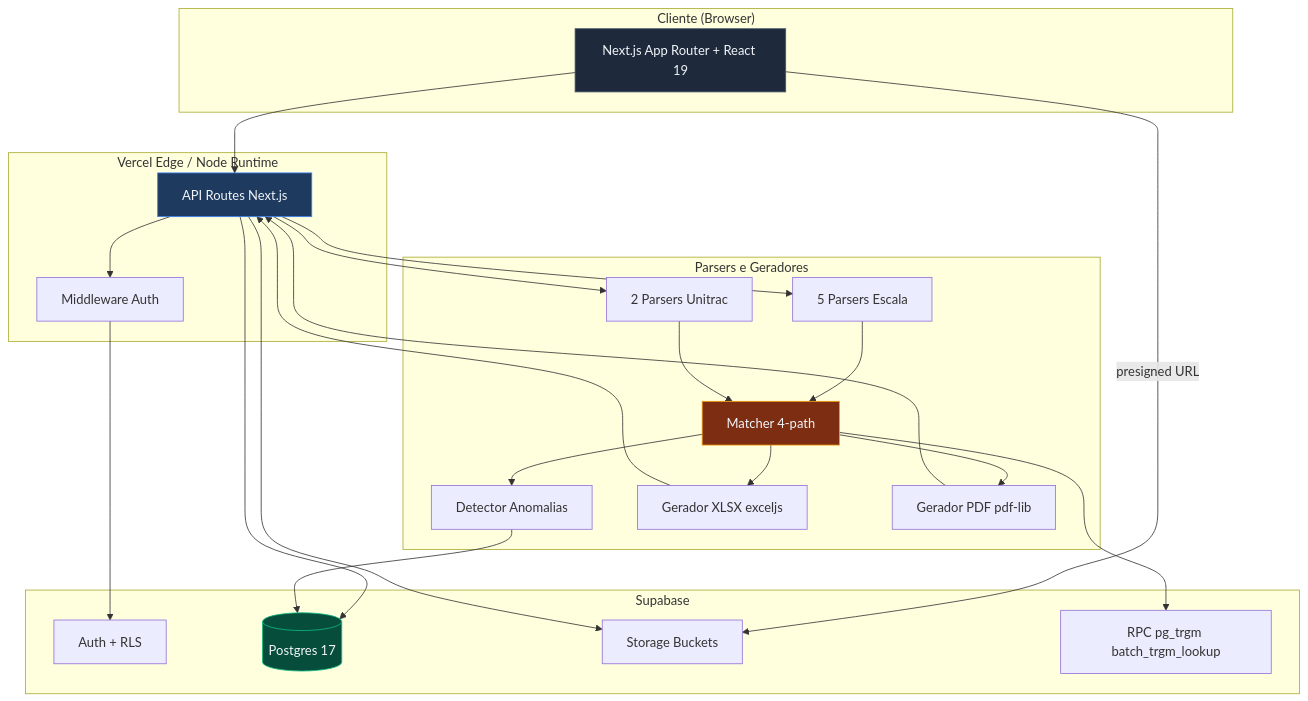
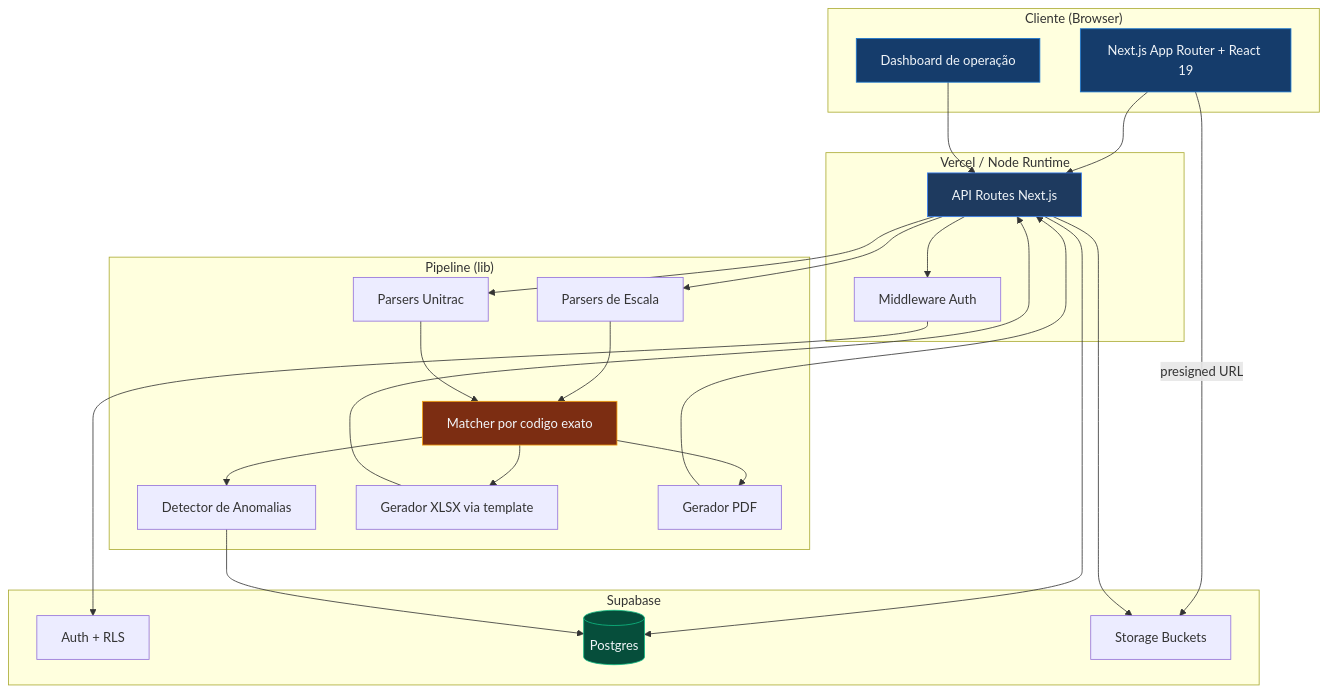
The first of 2 diagrams in README.md (transmonseg/kpi-transmonseg), drawn with Mermaid before and after one commit. The commit also changed other lines of this file, not shown here.

First line of the commit message:
docs: atualiza README (dashboard de operacao, modo sem-geofence, template, numeros reais)

````diff
--- a/README.md
+++ b/README.md
@@ -99,50 +120,46 @@
 ```mermaid
 graph TB
     subgraph "Cliente (Browser)"
         UI[Next.js App Router + React 19]
+        DASH[Dashboard de operação]
     end
 
-    subgraph "Vercel Edge / Node Runtime"
+    subgraph "Vercel / Node Runtime"
         API[API Routes Next.js]
         MW[Middleware Auth]
     end
 
     subgraph "Supabase"
         AUTH[Auth + RLS]
-        DB[(Postgres 17)]
+        DB[(Postgres)]
         STG[Storage Buckets]
-        RPC[RPC pg_trgm batch_trgm_lookup]
     end
 
-    subgraph "Parsers e Geradores"
-        PE[5 Parsers Escala]
-        PU[2 Parsers Unitrac]
-        M[Matcher 4-path]
-        AN[Detector Anomalias]
-        GX[Gerador XLSX exceljs]
-        GP[Gerador PDF pdf-lib]
+    subgraph "Pipeline (lib)"
+        PE[Parsers de Escala]
+        PU[Parsers Unitrac]
+        M[Matcher por codigo exato]
+        AN[Detector de Anomalias]
+        GX[Gerador XLSX via template]
+        GP[Gerador PDF]
     end
 
     UI -->|presigned URL| STG
     UI --> API
-    API --> MW
-    MW --> AUTH
+    DASH --> API
+    API --> MW --> AUTH
     API --> DB
     API --> STG
-    API --> PE
-    API --> PU
-    PE --> M
-    PU --> M
-    M --> RPC
+    API --> PE & PU
+    PE & PU --> M
     M --> AN
-    M --> GX
-    M --> GP
-    GX --> API
-    GP --> API
+    M --> GX & GP
+    GX & GP --> API
     AN --> DB
 
-    style UI fill:#1e293b,stroke:#475569,color:#f1f5f9
+    style UI fill:#153c6b,stroke:#1976d2,color:#f1f5f9
+    style DASH fill:#153c6b,stroke:#1976d2,color:#f1f5f9
     style API fill:#1e3a5f,stroke:#3b82f6,color:#f1f5f9
     style DB fill:#064e3b,stroke:#10b981,color:#f1f5f9
     style M fill:#7c2d12,stroke:#f59e0b,color:#f1f5f9
 ```
````
